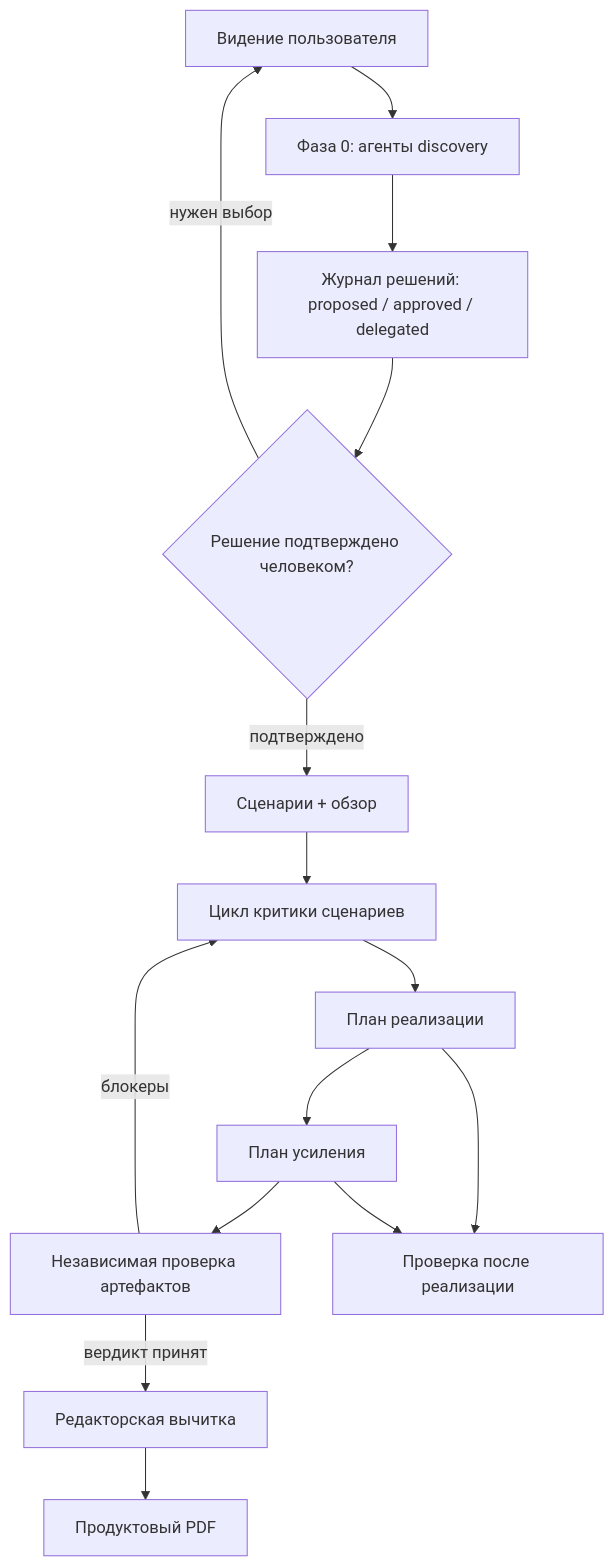
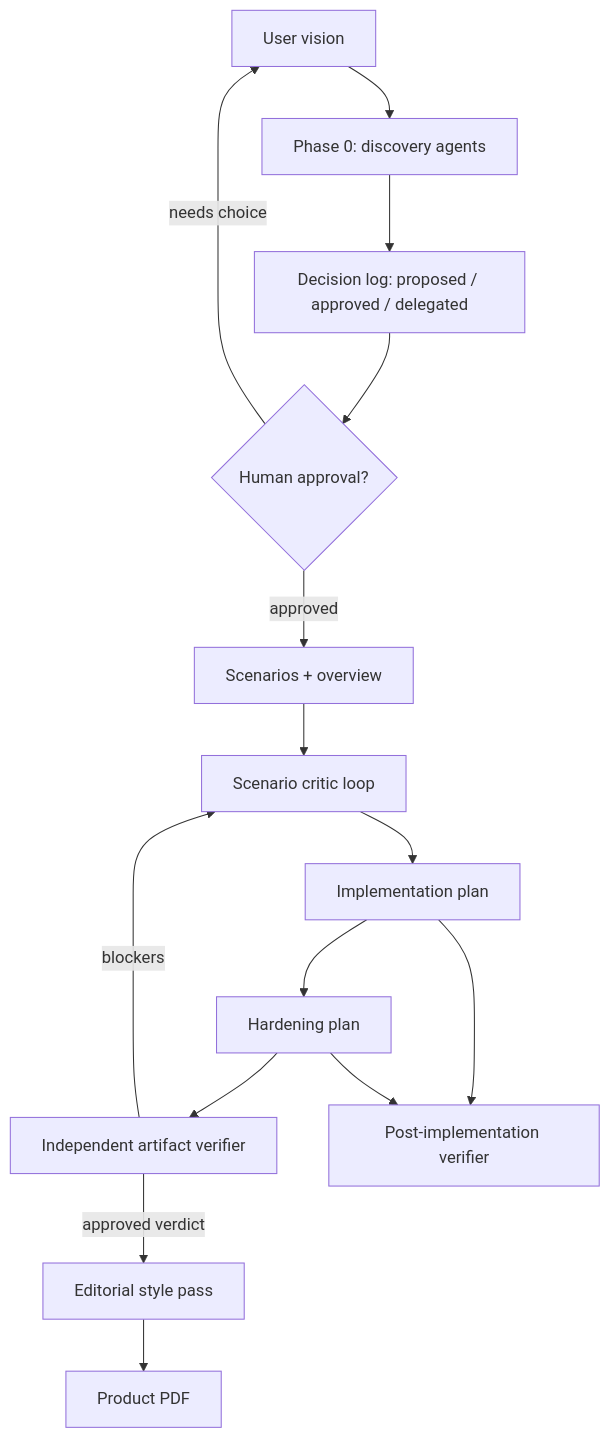
The first of 2 diagrams in README.md (ehlyzov/skills), drawn with Mermaid before and after one commit. The commit also changed other lines of this file and 2 other files, not shown here.

````diff
--- a/README.md
+++ b/README.md
@@ -21,17 +21,17 @@
 ```mermaid
 flowchart TD
-    U["Видение пользователя"] --> D["Фаза 0: агенты discovery"]
-    D --> DL["Журнал решений: proposed / approved / delegated"]
-    DL --> H{"Решение подтверждено человеком?"}
-    H -->|подтверждено| S["Сценарии + обзор"]
-    H -->|нужен выбор| U
-    S --> C["Цикл критики сценариев"]
-    C --> P["План реализации"]
-    P --> HP["План усиления"]
-    HP --> V["Независимая проверка артефактов"]
-    V -->|блокеры| C
-    V -->|вердикт принят| E["Редакторская вычитка"]
-    E --> PDF["Продуктовый PDF"]
-    P --> IV["Проверка после реализации"]
+    U["User vision"] --> D["Phase 0: discovery agents"]
+    D --> DL["Decision log: proposed / approved / delegated"]
+    DL --> H{"Human approval?"}
+    H -->|approved| S["Scenarios + overview"]
+    H -->|needs choice| U
+    S --> C["Scenario critic loop"]
+    C --> P["Implementation plan"]
+    P --> HP["Hardening plan"]
+    HP --> V["Independent artifact verifier"]
+    V -->|blockers| C
+    V -->|approved verdict| E["Editorial style pass"]
+    E --> PDF["Product PDF"]
+    P --> IV["Post-implementation verifier"]
     HP --> IV
 ```
````
